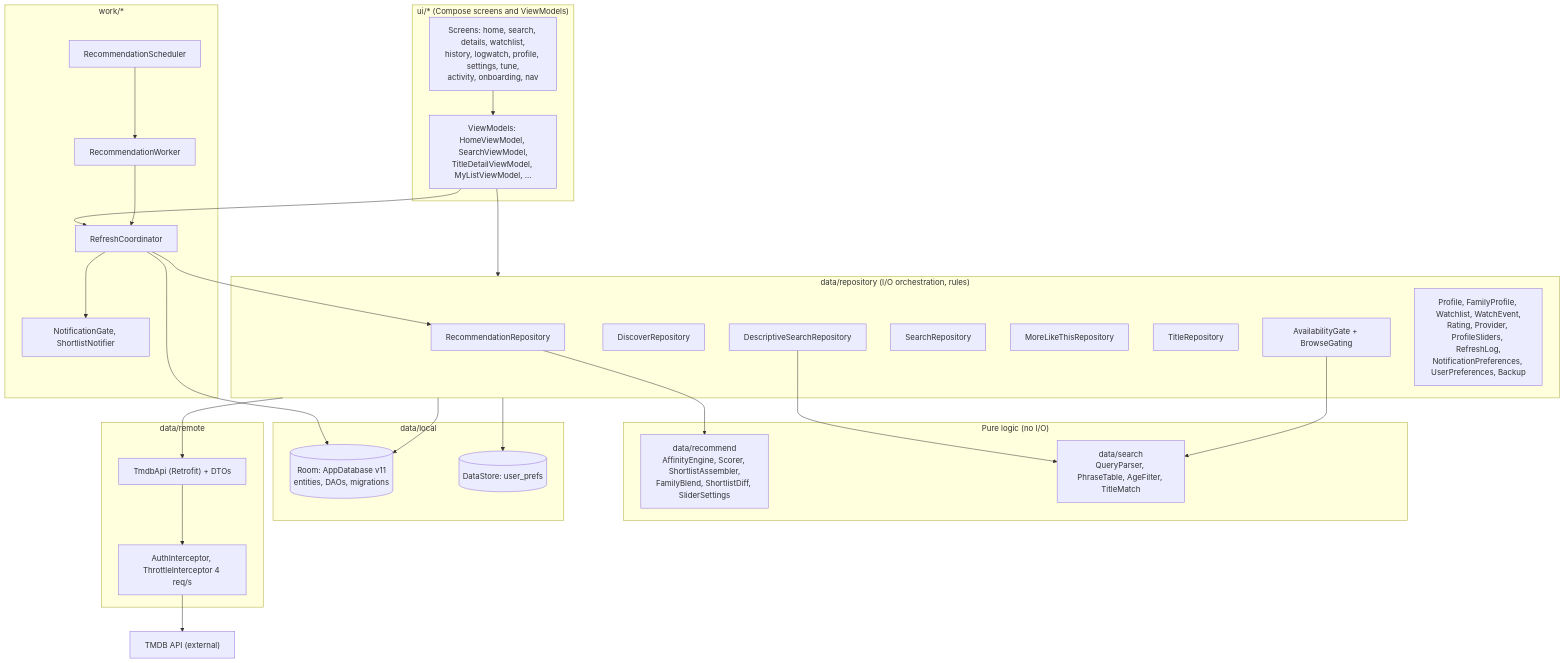
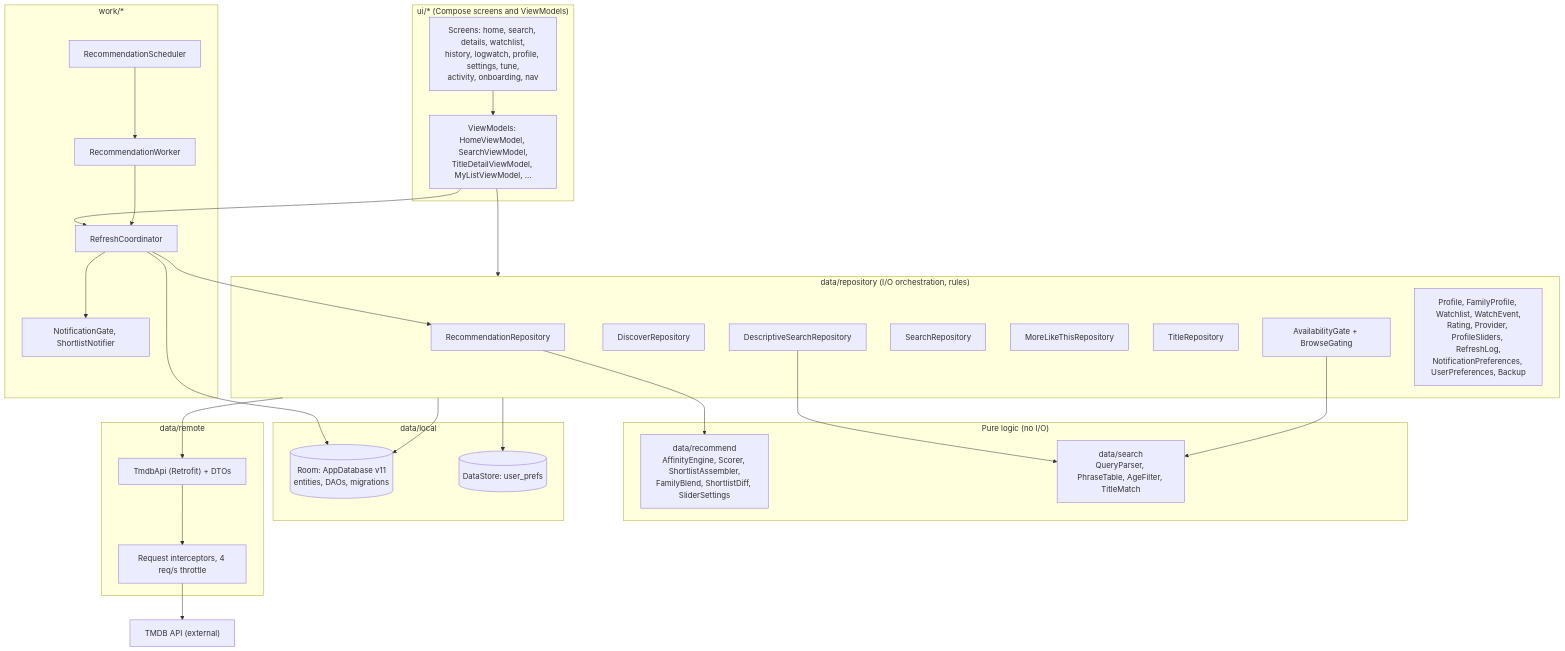
One commit to kevclark/familyWatchList changed the first of 10 diagrams in docs/ARCHITECTURE.md. Above: the diagram before and after it, drawn with Mermaid. The commit also changed other lines of this file and 2 other files, not shown here.

````diff
--- a/docs/ARCHITECTURE.md
+++ b/docs/ARCHITECTURE.md
@@ -51,57 +51,57 @@
 ```mermaid
 flowchart TD
     subgraph UI["ui/*  (Compose screens and ViewModels)"]
         Screens["Screens: home, search, details, watchlist,<br/>history, logwatch, profile, settings, tune,<br/>activity, onboarding, nav"]
         VMs["ViewModels: HomeViewModel, SearchViewModel,<br/>TitleDetailViewModel, MyListViewModel, ..."]
         Screens --> VMs
     end
 
     subgraph Repos["data/repository  (I/O orchestration, rules)"]
         Reco["RecommendationRepository"]
         Disc["DiscoverRepository"]
         DescS["DescriptiveSearchRepository"]
         SearchR["SearchRepository"]
         MLT["MoreLikeThisRepository"]
         TitleR["TitleRepository"]
         Gate["AvailabilityGate + BrowseGating"]
         Others["Profile, FamilyProfile, Watchlist, WatchEvent,<br/>Rating, Provider, ProfileSliders, RefreshLog,<br/>NotificationPreferences, UserPreferences, Backup"]
     end
 
     subgraph Pure["Pure logic (no I/O)"]
         Recommend["data/recommend<br/>AffinityEngine, Scorer, ShortlistAssembler,<br/>FamilyBlend, ShortlistDiff, SliderSettings"]
         Search["data/search<br/>QueryParser, PhraseTable, AgeFilter, TitleMatch"]
     end
 
     subgraph Local["data/local"]
         Room[("Room: AppDatabase v11<br/>entities, DAOs, migrations")]
         DS[("DataStore: user_prefs")]
     end
 
     subgraph Remote["data/remote"]
         Api["TmdbApi (Retrofit) + DTOs"]
-        Net["AuthInterceptor, ThrottleInterceptor 4 req/s"]
+        Net["Request interceptors, 4 req/s throttle"]
     end
 
     subgraph Work["work/*"]
         Sched["RecommendationScheduler"]
         Worker["RecommendationWorker"]
         Coord["RefreshCoordinator"]
         Notif["NotificationGate, ShortlistNotifier"]
     end
 
     VMs --> Repos
     VMs --> Coord
     Reco --> Recommend
     DescS --> Search
     Gate --> Search
     Repos --> Room
     Repos --> DS
     Repos --> Api
     Api --> Net
     Net --> TMDB["TMDB API (external)"]
     Sched --> Worker
     Worker --> Coord
     Coord --> Reco
     Coord --> Notif
     Coord --> Room
 ```
````
